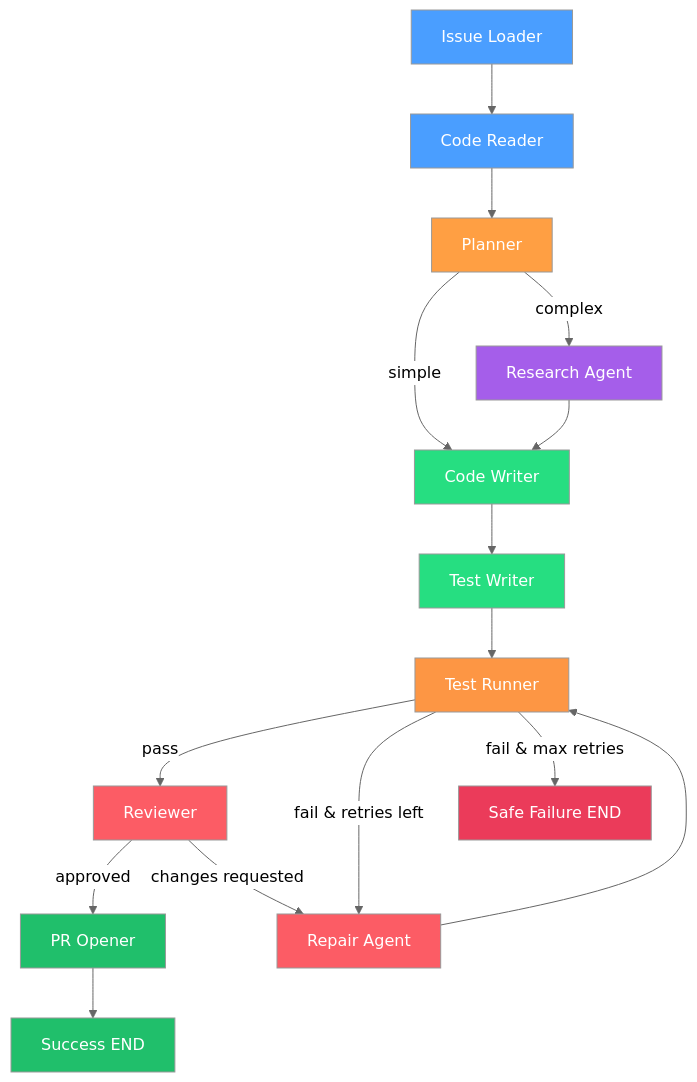
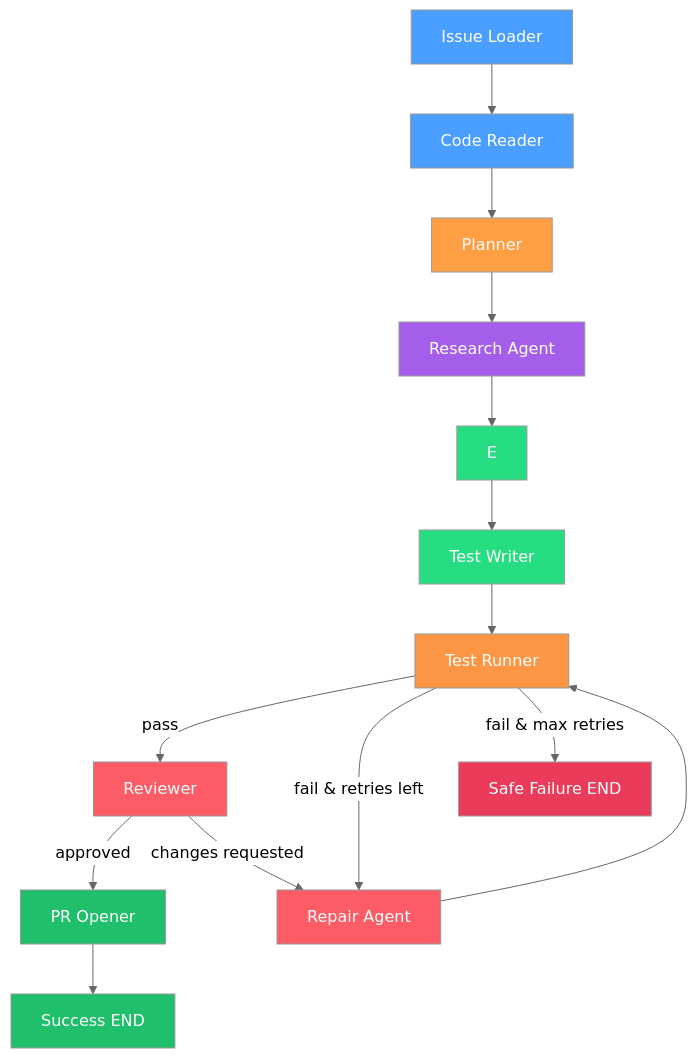
The diagram in README.md (Samarth-Shekhar/Multi-Agent-Orchestration-System-Project), drawn with Mermaid (neutral theme) before and after one commit. The commit also changed other lines of this file, not shown here.

````diff
--- a/README.md
+++ b/README.md
@@ -55,30 +69,29 @@
 ```mermaid
 graph TD
     A[Issue Loader] --> B[Code Reader]
     B --> C[Planner]
-    C -->|simple| E[Code Writer]
-    C -->|complex| D[Research Agent]
+    C --> D[Research Agent]
     D --> E
     E --> F[Test Writer]
     F --> G[Test Runner]
     G -->|pass| H[Reviewer]
     G -->|fail & retries left| I[Repair Agent]
     G -->|fail & max retries| END_FAIL[Safe Failure END]
     I --> G
     H -->|approved| J[PR Opener]
     H -->|changes requested| I
     J --> END_OK[Success END]
 
     style A fill:#4A9EFF,color:#fff
     style B fill:#4A9EFF,color:#fff
     style C fill:#FF9F43,color:#fff
     style D fill:#A55EEA,color:#fff
     style E fill:#26DE81,color:#fff
     style F fill:#26DE81,color:#fff
     style G fill:#FD9644,color:#fff
     style H fill:#FC5C65,color:#fff
     style I fill:#FC5C65,color:#fff
     style J fill:#20BF6B,color:#fff
     style END_OK fill:#20BF6B,color:#fff
     style END_FAIL fill:#EB3B5A,color:#fff
 ```
````
